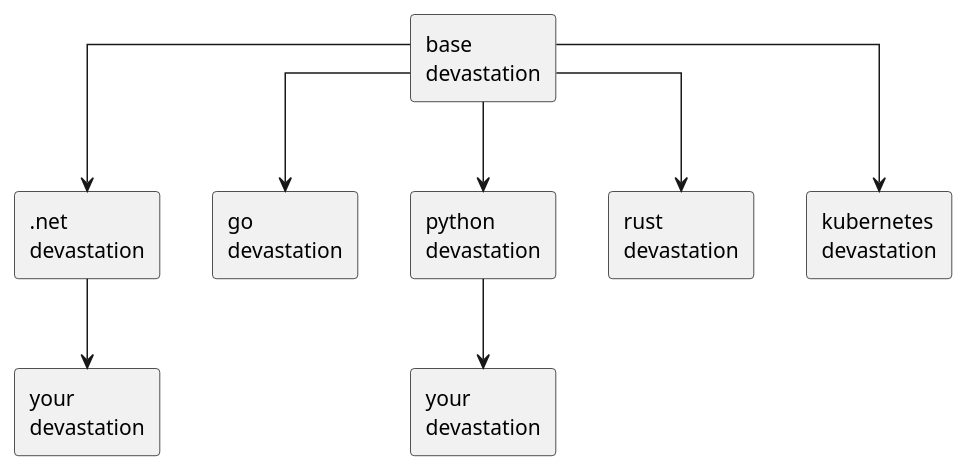
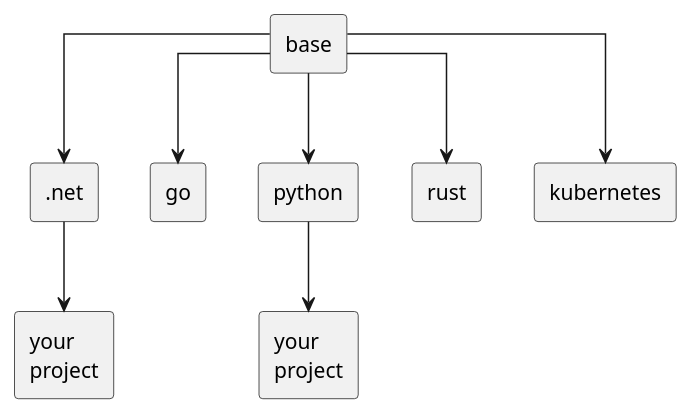
One commit to this-kirke/devastation changed the diagram in docs/src/architecture.puml. Above: the diagram before and after it, drawn with PlantUML. The commit also changed 15 other files, not shown here.

```diff
--- a/docs/src/architecture.puml
+++ b/docs/src/architecture.puml
@@ -1,29 +1,28 @@
-@startuml Devastation Architecture
+@startuml devastation_architecture
+
 
 ' Set the layout direction to top to bottom
 top to bottom direction
 skinparam linetype ortho
 
 ' Define components
-rectangle "base\ndevastation" as base
-
-rectangle ".net\ndevastation" as dotnet
-rectangle "go\ndevastation" as go
-rectangle "python\ndevastation" as python
-rectangle "rust\ndevastation" as rust
-rectangle "kubernetes\ndevastation" as k8s
-
-rectangle "your\ndevastation" as your1
-rectangle "your\ndevastation" as your2
+rectangle "base" as base
+rectangle ".net" as dotnet
+rectangle "go" as go
+rectangle "python" as python
+rectangle "rust" as rust
+rectangle "kubernetes" as k8s
+rectangle "your\nproject" as your1
+rectangle "your\nproject" as your2
 
 ' Define relationships
 base --> dotnet
 base --> go
 base --> python
 base --> rust
 base --> k8s
 
 dotnet --> your1
 python --> your2
 
 @enduml
```
